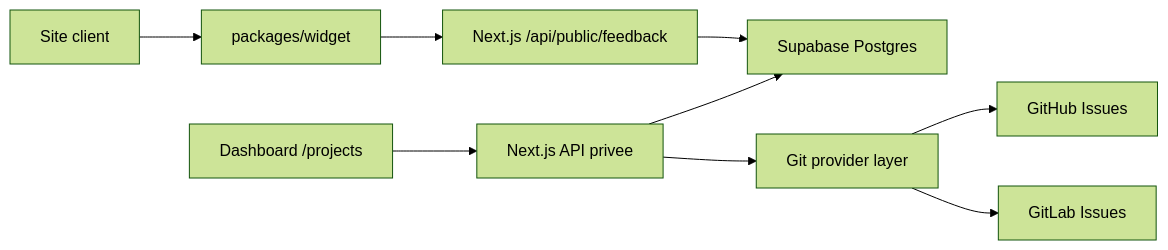
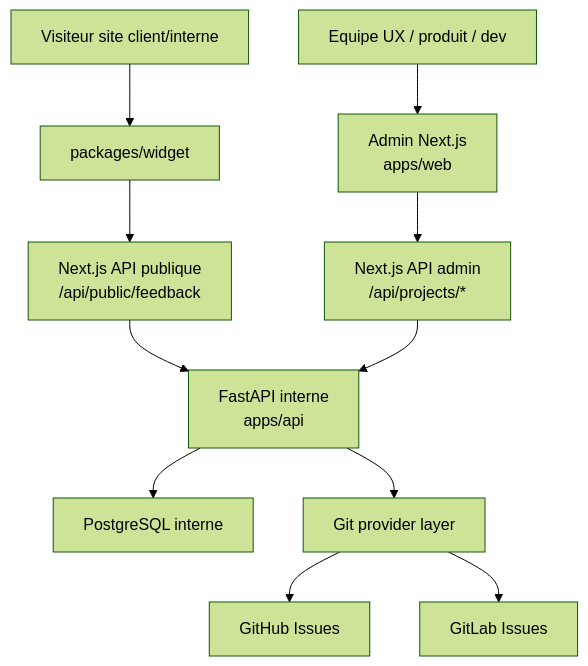
One commit to MLyte/ChangeThis changed the first of 2 diagrams in docs/architecture.md. Above: the diagram before and after it, drawn with Mermaid (forest theme). The commit also changed other lines of this file and 23 other files, not shown here.

````diff
--- a/docs/architecture.md
+++ b/docs/architecture.md
@@ -24,11 +23,16 @@
 ```mermaid
-flowchart LR
-  Site["Site client"] --> Widget["packages/widget"]
-  Widget --> PublicApi["Next.js /api/public/feedback"]
-  PublicApi --> Supabase["Supabase Postgres"]
-  Dashboard["Dashboard /projects"] --> NextApi["Next.js API privee"]
-  NextApi --> Supabase
-  NextApi --> Providers["Git provider layer"]
+flowchart TB
+  Visitor["Visiteur site client/interne"] --> Widget["packages/widget"]
+  Team["Equipe UX / produit / dev"] --> Dashboard["Admin Next.js<br/>apps/web"]
+
+  Widget --> PublicApi["Next.js API publique<br/>/api/public/feedback"]
+  Dashboard --> PrivateApi["Next.js API admin<br/>/api/projects/*"]
+
+  PublicApi --> FastAPI["FastAPI interne<br/>apps/api"]
+  PrivateApi --> FastAPI
+
+  FastAPI --> Postgres["PostgreSQL interne"]
+  FastAPI --> Providers["Git provider layer"]
   Providers --> GitHub["GitHub Issues"]
   Providers --> GitLab["GitLab Issues"]
 ```
````
